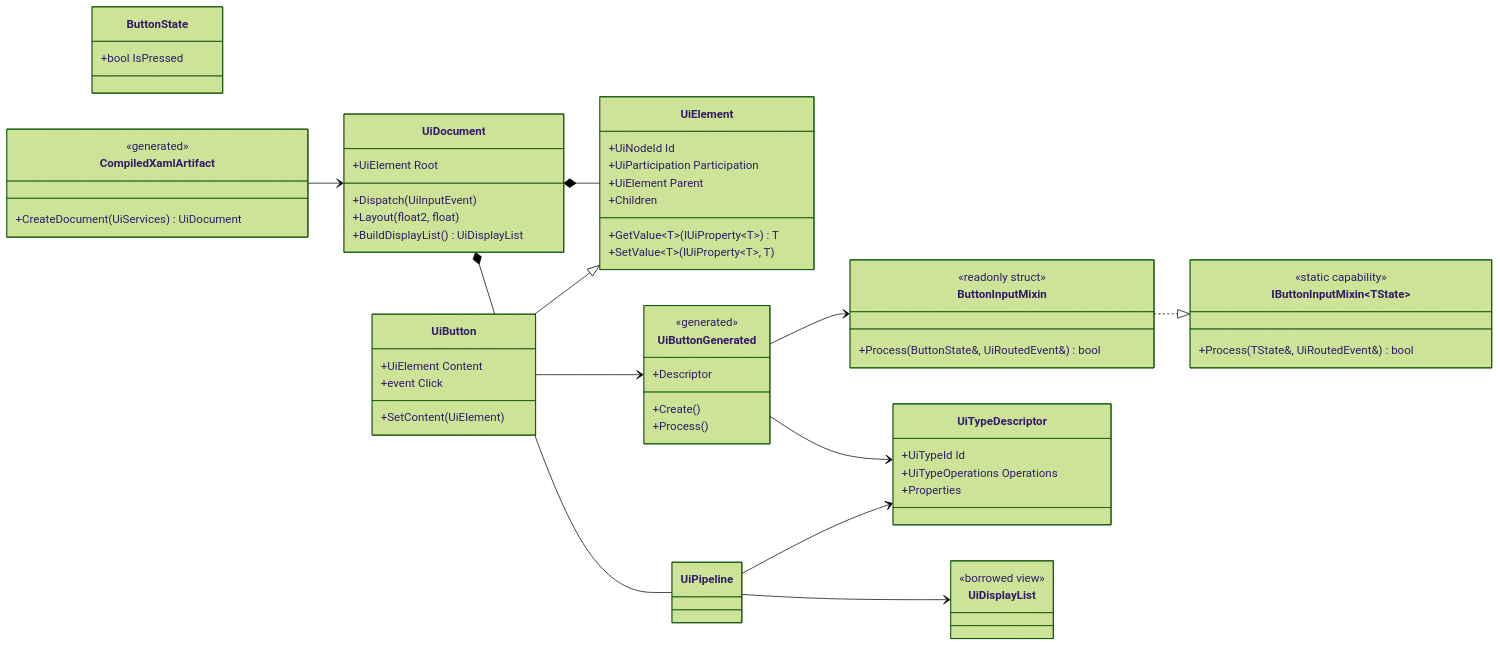
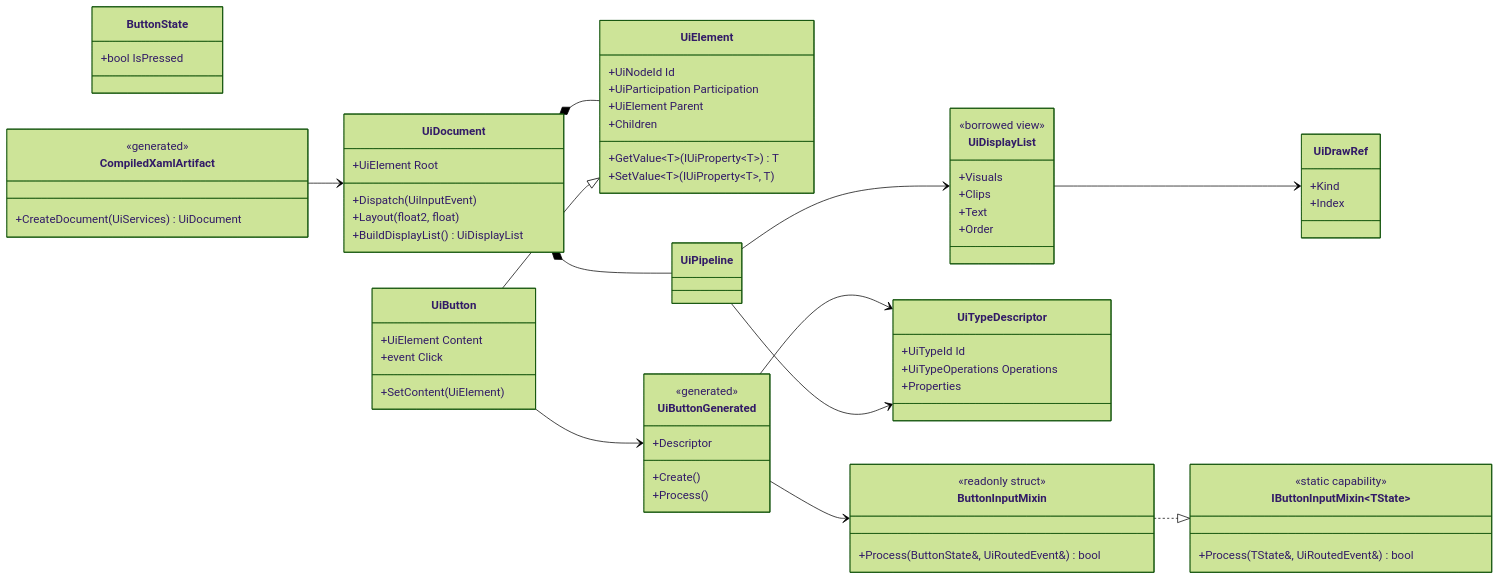
Before and after one commit to Artromskiy/DeltaXAML: the diagram in docs/INTERNAL.md, drawn with Mermaid (forest theme). The commit also changed other lines of this file and 6 other files, not shown here.

Commit message:
Add canonical UI draw order contract

```diff
--- a/docs/INTERNAL.md
+++ b/docs/INTERNAL.md
@@ -831,7 +831,17 @@
     class UiPipeline
     class UiDisplayList {
         <<borrowed view>>
+        +Visuals
+        +Clips
+        +Text
+        +Order
     }
+    class UiDrawRef {
+        +Kind
+        +Index
+    }
+
+    UiDisplayList --> UiDrawRef
 
     UiDocument *-- UiPipeline
     UiDocument *-- UiElement
```
